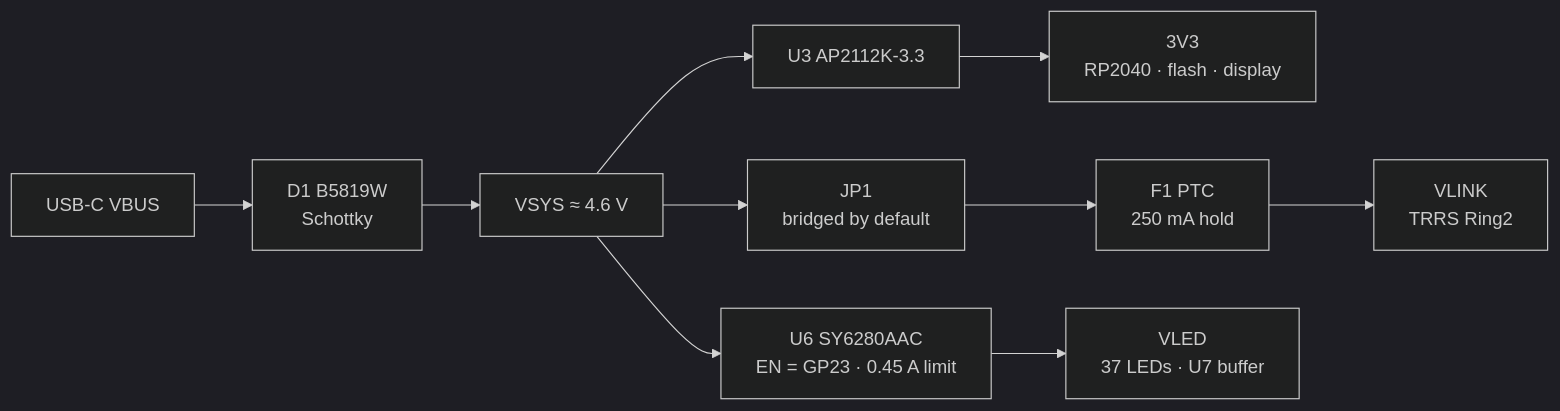
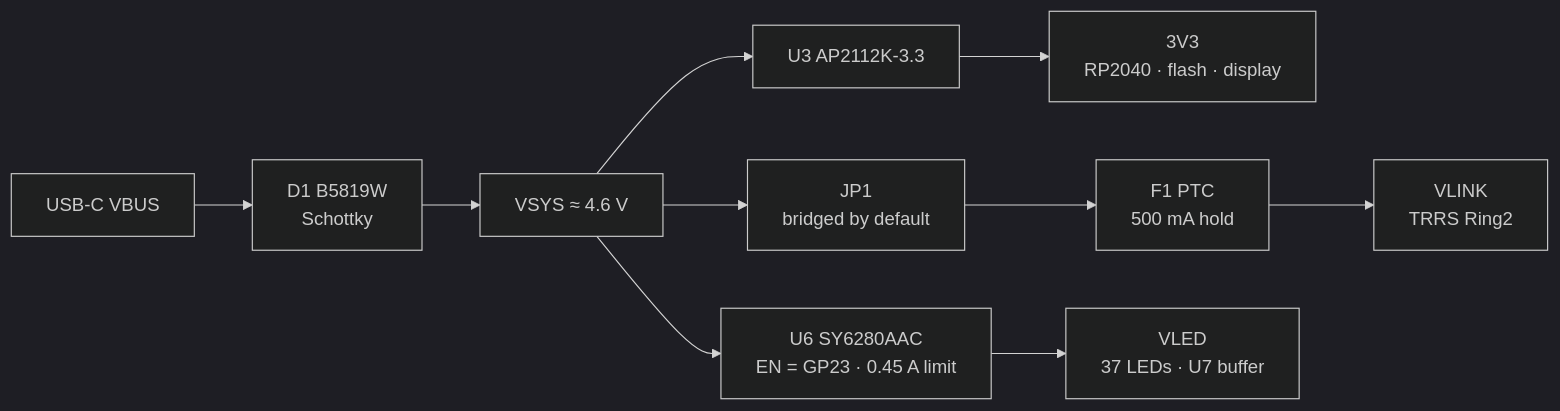
The first of 2 diagrams in README.md (w0rxbend/worxboard), drawn with Mermaid (dark theme) before and after one commit. The commit also changed other lines of this file and 11 other files, not shown here.

````diff
--- a/README.md
+++ b/README.md
@@ -156,6 +156,6 @@
 ```mermaid
 flowchart LR
     USB["USB-C VBUS"] --> D1["D1 B5819W<br/>Schottky"] --> VSYS["VSYS ≈ 4.6 V"] --> U3["U3 AP2112K-3.3"] --> V33["3V3<br/>RP2040 · flash · display"]
-    VSYS --> JP1["JP1<br/>bridged by default"] --> F1["F1 PTC<br/>250 mA hold"] --> VLINK["VLINK<br/>TRRS Ring2"]
+    VSYS --> JP1["JP1<br/>bridged by default"] --> F1["F1 PTC<br/>500 mA hold"] --> VLINK["VLINK<br/>TRRS Ring2"]
     VSYS --> U6["U6 SY6280AAC<br/>EN = GP23 · 0.45 A limit"] --> VLED["VLED<br/>37 LEDs · U7 buffer"]
 ```
````
